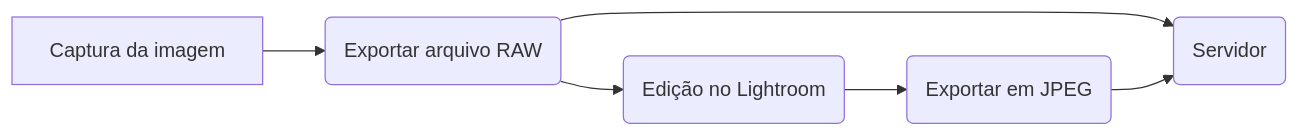
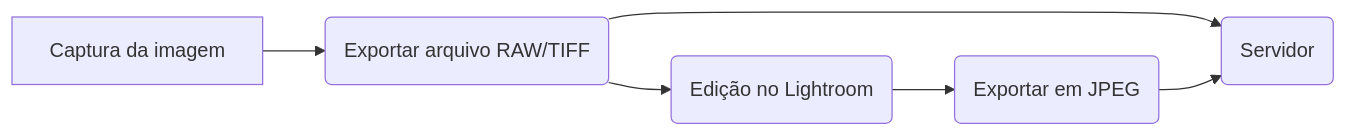
The diagram in FluxogramaGeral.md (MuseuNacional/colbio), drawn with Mermaid before and after one commit.

````diff
--- a/FluxogramaGeral.md
+++ b/FluxogramaGeral.md
@@ -1,11 +1,11 @@
 ```mermaid
 graph LR
-A[Captura da imagem] --> B(Exportar arquivo RAW)
+A[Captura da imagem] --> B(Exportar arquivo RAW/TIFF)
 B --> C(Edição no Lightroom)
 B --> F
 C --> D(Exportar em JPEG)
 D --> F(Servidor)
 
 
 
 ```
````
